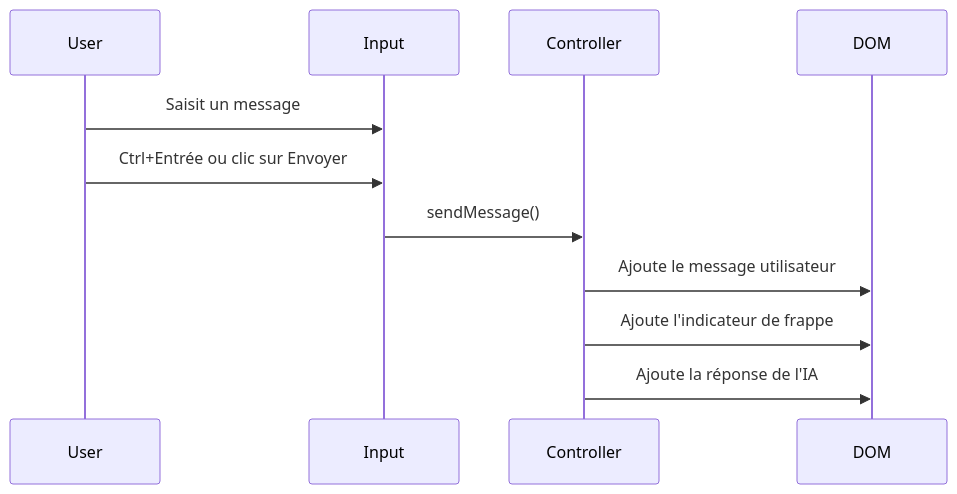
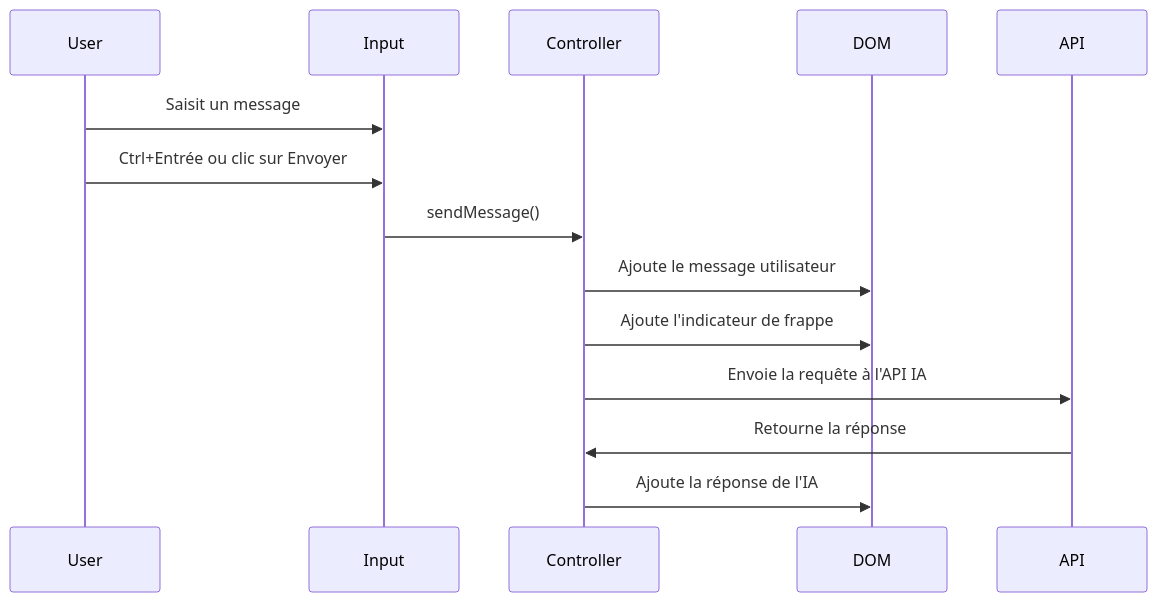
The third of 4 diagrams in docs/panel_ia.md (TherionAcribus/MysterAI), drawn with Mermaid before and after one commit. The commit also changed other lines of this file and 3 other files, not shown here.

````diff
--- a/docs/panel_ia.md
+++ b/docs/panel_ia.md
@@ -186,14 +233,17 @@
 ```mermaid
 sequenceDiagram
     participant User
     participant Input
     participant Controller
     participant DOM
+    participant API
 
     User->>Input: Saisit un message
     User->>Input: Ctrl+Entrée ou clic sur Envoyer
     Input->>Controller: sendMessage()
     Controller->>DOM: Ajoute le message utilisateur
     Controller->>DOM: Ajoute l'indicateur de frappe
+    Controller->>API: Envoie la requête à l'API IA
+    API->>Controller: Retourne la réponse
     Controller->>DOM: Ajoute la réponse de l'IA
 ```
````
